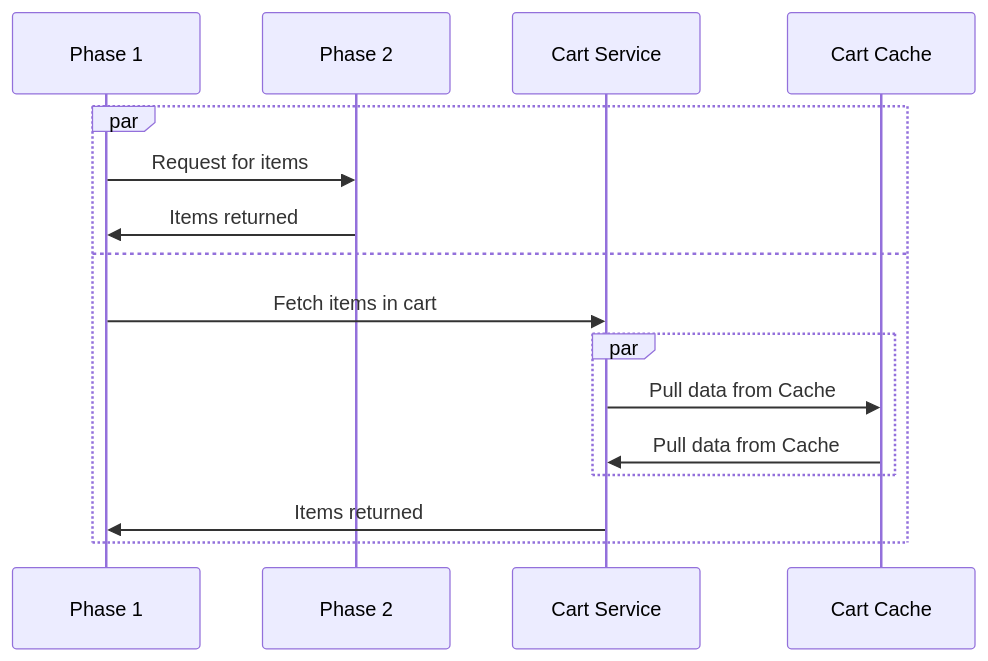
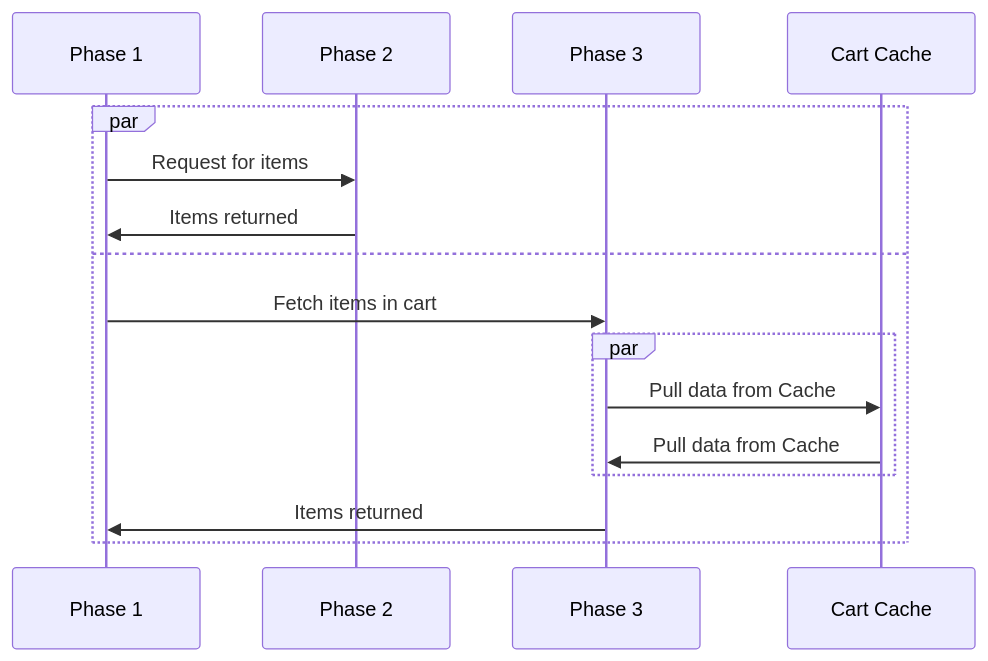
The second of 2 diagrams in blueprint.md (mgifford/mermaid-graphs), drawn with Mermaid before and after one commit.

````diff
--- a/blueprint.md
+++ b/blueprint.md
@@ -23,14 +23,14 @@
 ```mermaid
 sequenceDiagram
     par 
         Phase 1->>Phase 2: Request for items
     Phase 2->>Phase 1: Items returned
     and 
-        Phase 1->>Cart Service: Fetch items in cart
+        Phase 1->>Phase 3: Fetch items in cart
         par 
-            Cart Service->>Cart Cache: Pull data from Cache
-            Cart Cache->>Cart Service: Pull data from Cache
+            Phase 3->>Cart Cache: Pull data from Cache
+            Cart Cache->>Phase 3: Pull data from Cache
         end
-    Cart Service->>Phase 1: Items returned
+    Phase 3->>Phase 1: Items returned
     end
 ```
````
